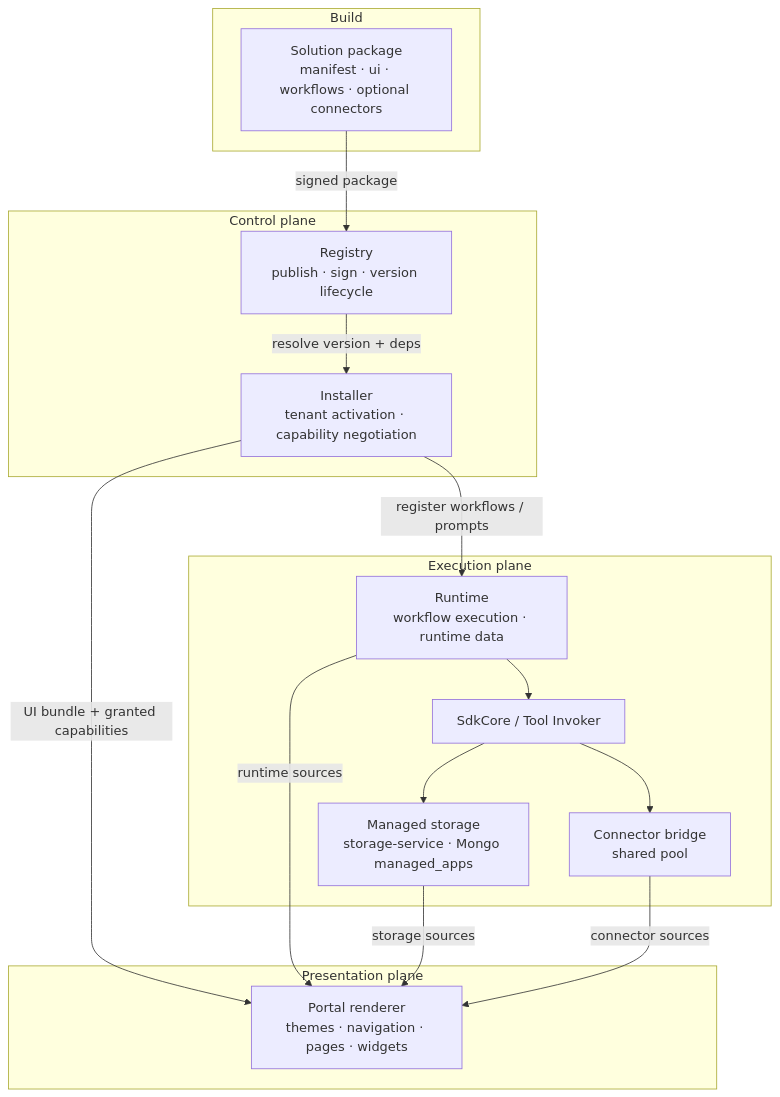
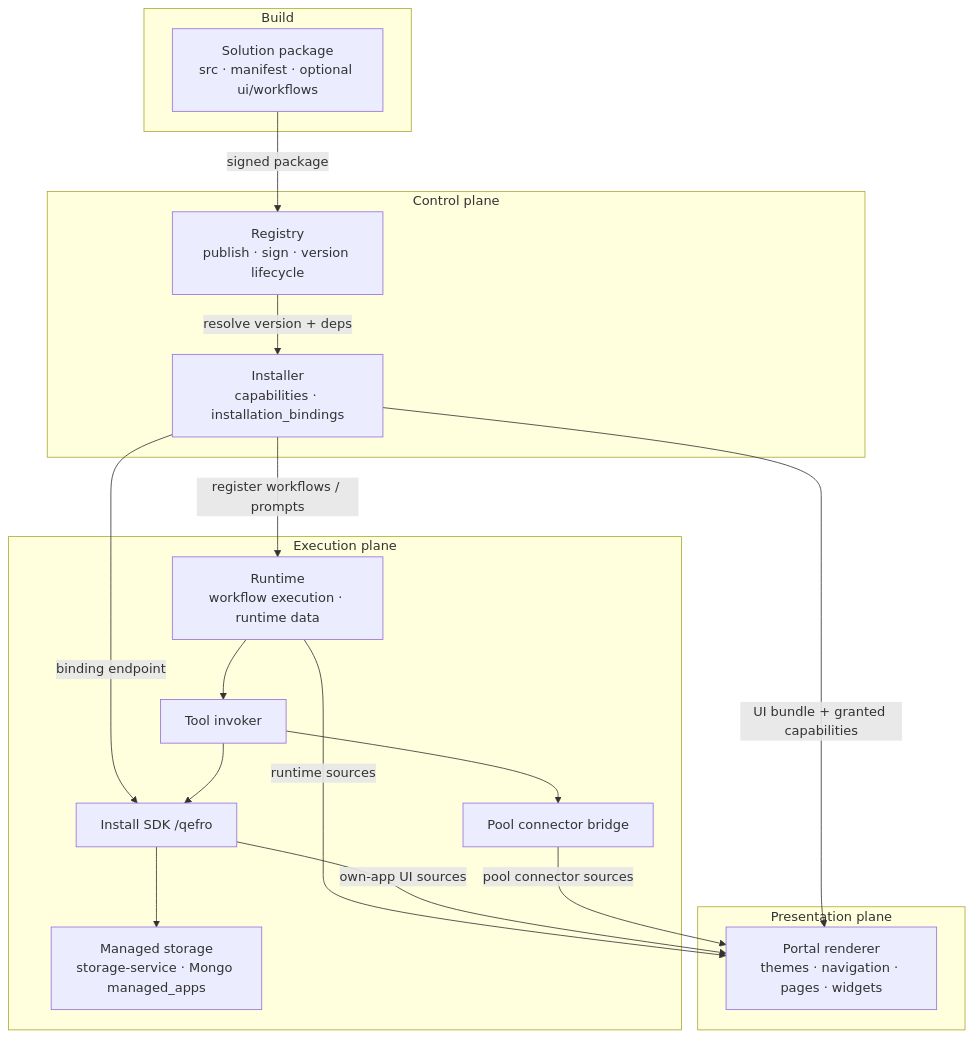
Before and after one commit to qefro-ai/qefro-documentation: the first of 3 diagrams in docs/solutions/architecture.md, drawn with Mermaid. The commit also changed other lines of this file and 11 other files, not shown here.

````diff
--- a/docs/solutions/architecture.md
+++ b/docs/solutions/architecture.md
@@ -15,29 +25,32 @@
 ```mermaid
 flowchart TB
     subgraph Build
-        A[Solution package<br/>manifest · ui · workflows · optional connectors]
+        A[Solution package<br/>src · manifest · optional ui/workflows]
     end
     subgraph Control plane
         B[Registry<br/>publish · sign · version lifecycle]
-        C[Installer<br/>tenant activation · capability negotiation]
+        C[Installer<br/>capabilities · installation_bindings]
     end
     subgraph Execution plane
         D[Runtime<br/>workflow execution · runtime data]
-        E[SdkCore / Tool Invoker]
+        E[Tool invoker]
+        APP[Install SDK /qefro]
         S[Managed storage<br/>storage-service · Mongo managed_apps]
-        F[Connector bridge<br/>shared pool]
+        F[Pool connector bridge]
     end
     subgraph Presentation plane
         G[Portal renderer<br/>themes · navigation · pages · widgets]
     end
     A -->|signed package| B
     B -->|resolve version + deps| C
     C -->|register workflows / prompts| D
+    C -->|binding endpoint| APP
     D --> E
-    E --> S
+    E --> APP
+    APP --> S
     E --> F
     C -->|UI bundle + granted capabilities| G
     D -->|runtime sources| G
-    S -->|storage sources| G
-    F -->|connector sources| G
+    APP -->|own-app UI sources| G
+    F -->|pool connector sources| G
 ```
````
